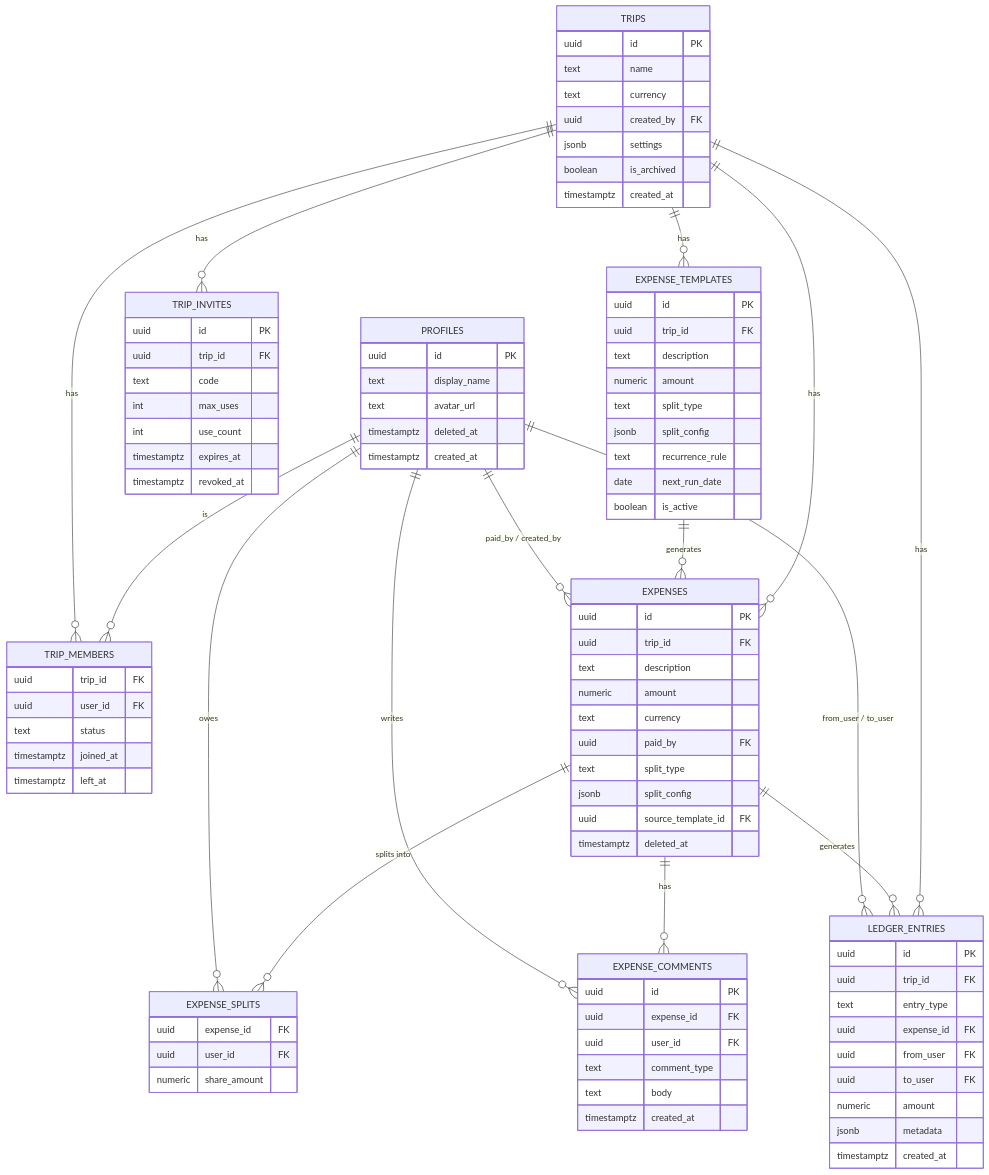
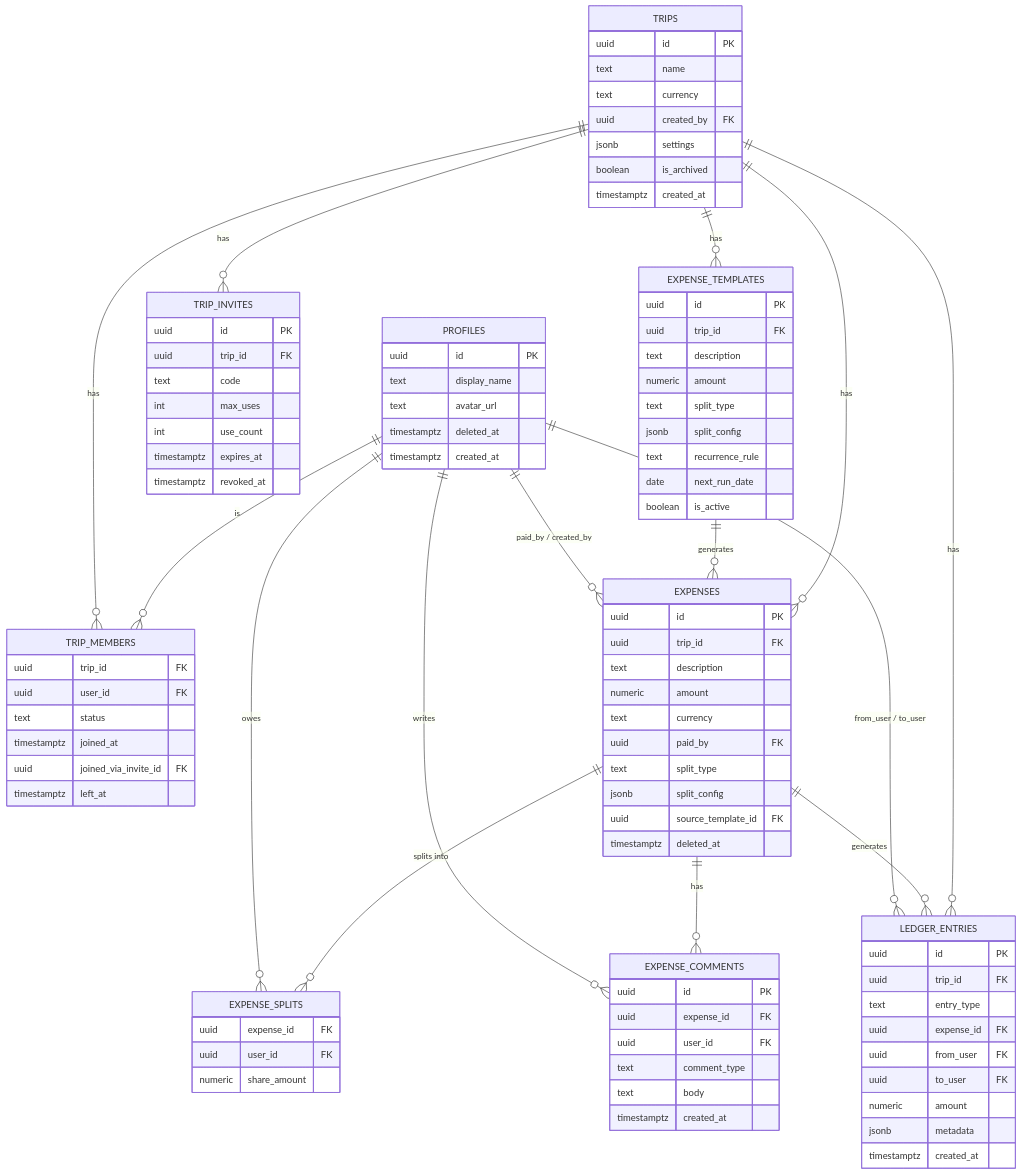
The diagram in docs/architecture/expensio-data-model.md (Amartya-007/Expensio), drawn with Mermaid before and after one commit. The commit also changed other lines of this file and 1 other file, not shown here.

First line of the commit message:
Bound the leaked-invite risk: max_uses default 1, inviter can undo own recent join

```diff
--- a/docs/architecture/expensio-data-model.md
+++ b/docs/architecture/expensio-data-model.md
@@ -43,6 +43,7 @@
         uuid user_id FK
         text status
         timestamptz joined_at
+        uuid joined_via_invite_id FK
         timestamptz left_at
     }
     TRIP_INVITES {
```
